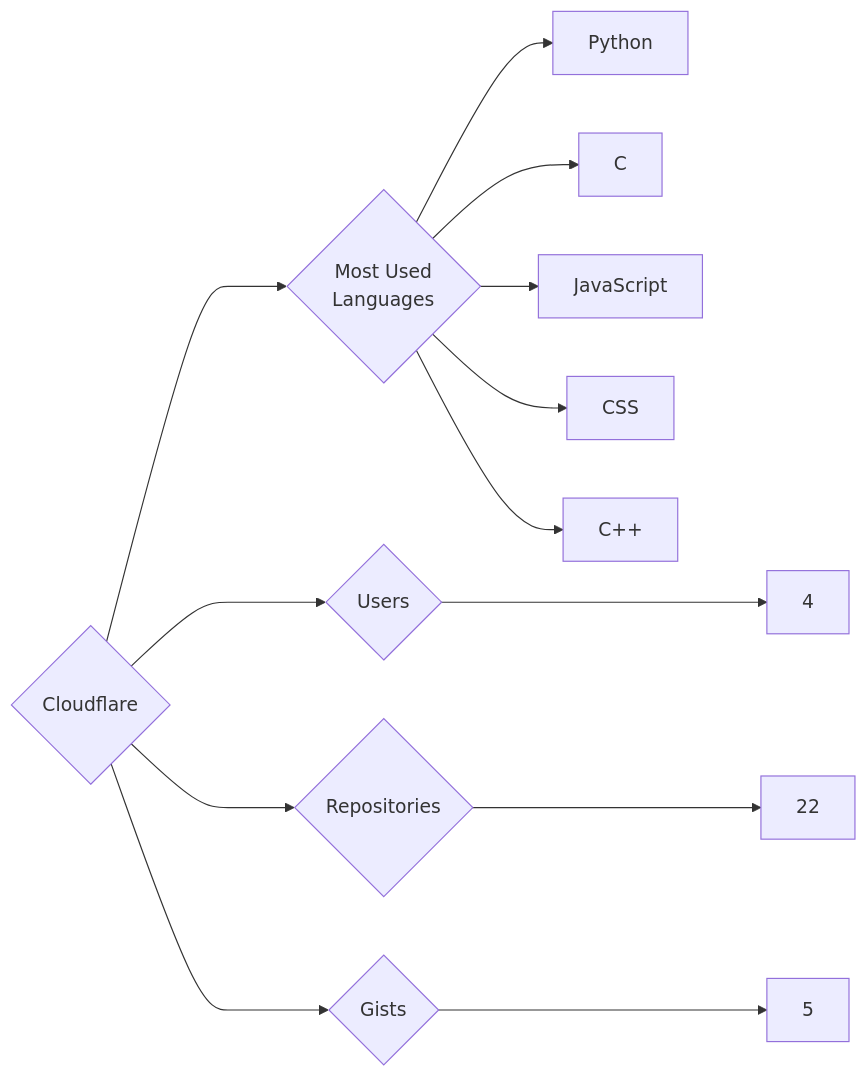
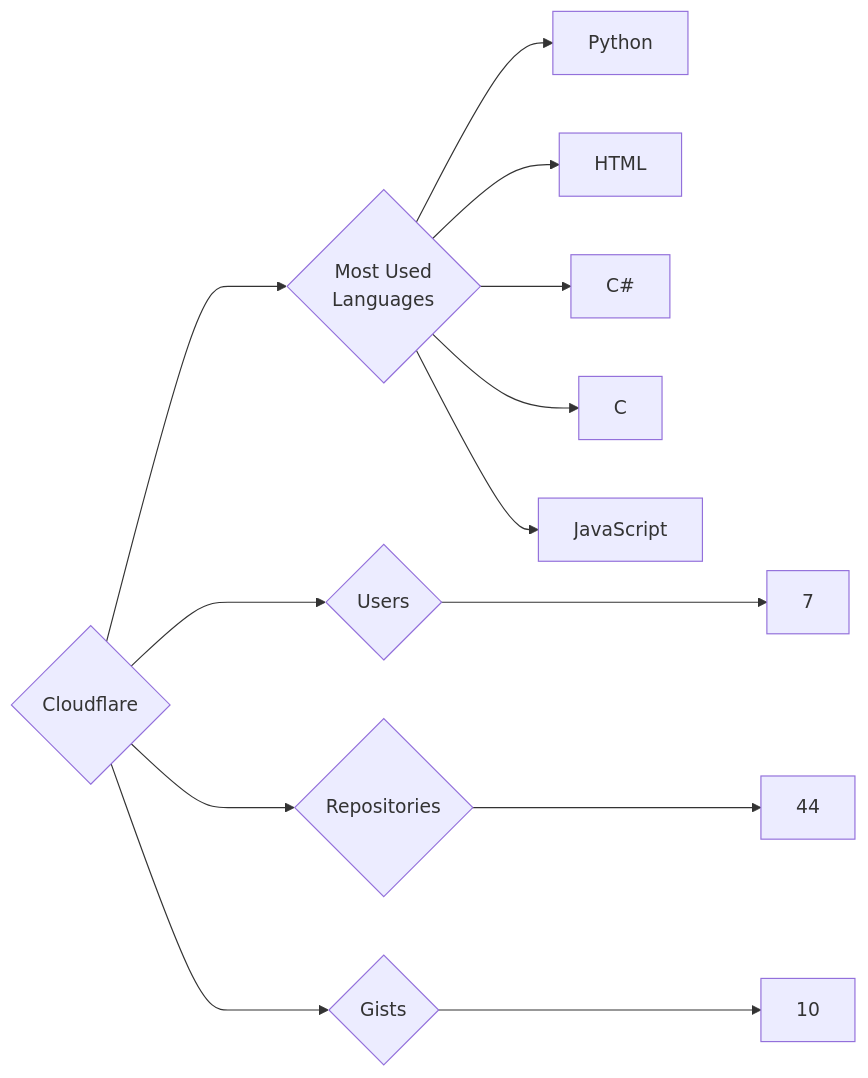
Before and after one commit to trickest/insiders: the diagram in targets/Cloudflare/README.md, drawn with Mermaid. The commit also changed 840 other files, not shown here.

````diff
--- a/targets/Cloudflare/README.md
+++ b/targets/Cloudflare/README.md
@@ -3,13 +3,13 @@
 ```mermaid
 graph LR
 COMPANY_NAME{Cloudflare}
-COMPANY_NAME ---> U{Users} ---> UN[4]
-COMPANY_NAME ---> R{Repositories} ---> RN[22]
-COMPANY_NAME ---> G{Gists} ---> GN[5]
+COMPANY_NAME ---> U{Users} ---> UN[7]
+COMPANY_NAME ---> R{Repositories} ---> RN[44]
+COMPANY_NAME ---> G{Gists} ---> GN[10]
 COMPANY_NAME ---> ML{Most Used<br>Languages}
 ML --> Python[Python]
+ML --> HTML[HTML]
+ML --> C#[C#]
 ML --> C[C]
 ML --> JavaScript[JavaScript]
-ML --> CSS[CSS]
-ML --> C++[C++]
 ```
````
